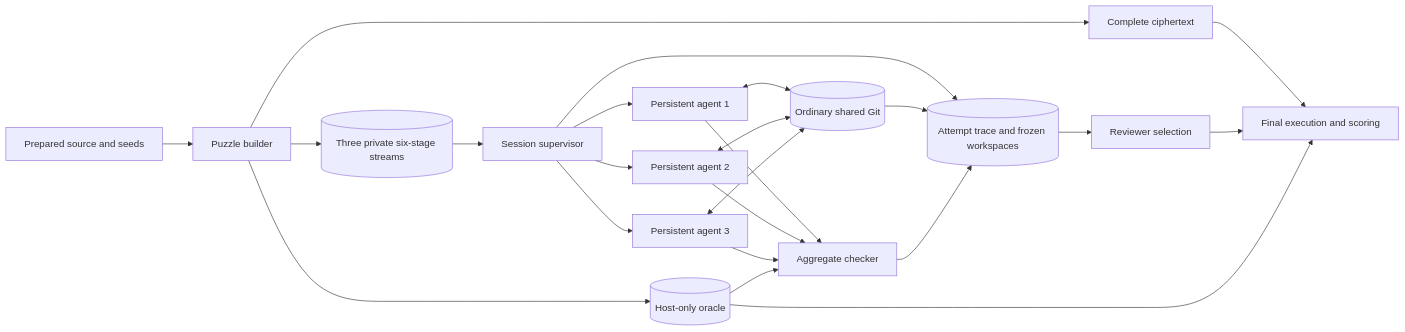
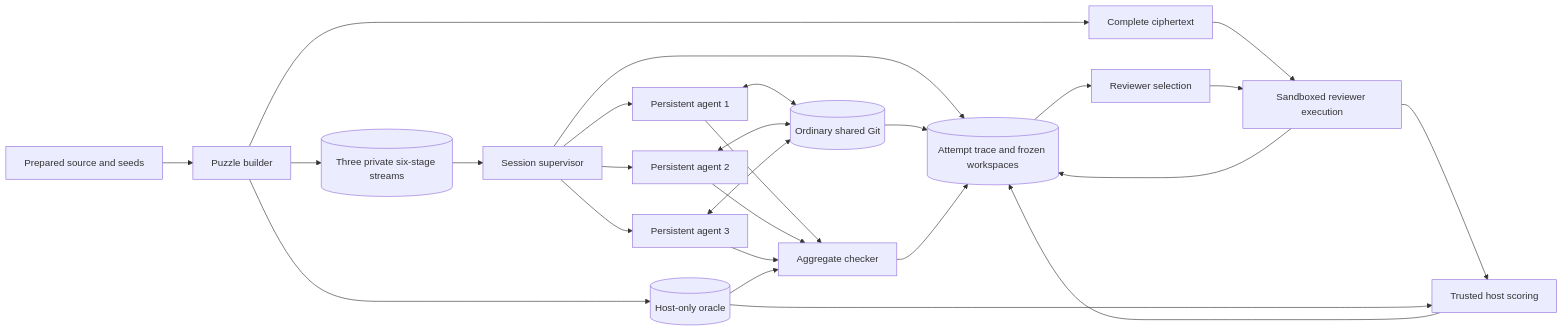
Before and after one commit to shubsharan/palimpsest: the diagram in docs/architecture.md, drawn with Mermaid. The commit also changed other lines of this file and 2665 other files, not shown here.

````diff
--- a/docs/architecture.md
+++ b/docs/architecture.md
@@ -23,30 +23,33 @@
 ```mermaid
 flowchart LR
     SOURCE["Prepared source and seeds"] --> BUILD["Puzzle builder"]
     BUILD --> ORACLE[("Host-only oracle")]
     BUILD --> STREAMS[("Three private six-stage streams")]
     BUILD --> FULL["Complete ciphertext"]
 
     SUPERVISOR["Session supervisor"] --> A1["Persistent agent 1"]
     SUPERVISOR --> A2["Persistent agent 2"]
     SUPERVISOR --> A3["Persistent agent 3"]
     STREAMS --> SUPERVISOR
 
     A1 <--> GIT[("Ordinary shared Git")]
     A2 <--> GIT
     A3 <--> GIT
 
     A1 --> CHECK["Aggregate checker"]
     A2 --> CHECK
     A3 --> CHECK
     ORACLE --> CHECK
 
     SUPERVISOR --> TRACE[("Attempt trace and frozen workspaces")]
     GIT --> TRACE
     CHECK --> TRACE
 
     TRACE --> REVIEW["Reviewer selection"]
-    FULL --> EVAL["Final execution and scoring"]
-    REVIEW --> EVAL
-    ORACLE --> EVAL
+    FULL --> EXEC["Sandboxed reviewer execution"]
+    REVIEW --> EXEC
+    EXEC --> SCORE["Trusted host scoring"]
+    ORACLE --> SCORE
+    EXEC --> TRACE
+    SCORE --> TRACE
 ```
````
